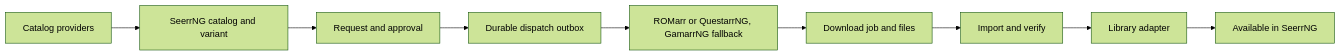
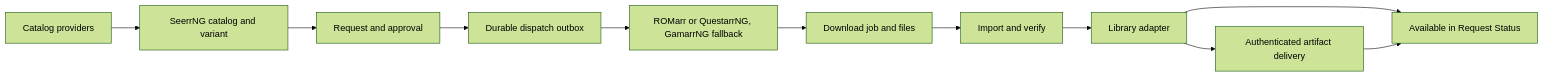
Before and after one commit to snapetech/seerrng: the diagram in docs/maintainers/software-acquisition-plan.md, drawn with Mermaid (forest theme). The commit also changed other lines of this file, not shown here.

First line of the commit message:
docs: plan universal request copy delivery

````diff
--- a/docs/maintainers/software-acquisition-plan.md
+++ b/docs/maintainers/software-acquisition-plan.md
@@ -103,11 +106,13 @@
 ```mermaid
 flowchart LR
     C[Catalog providers] --> S[SeerrNG catalog and variant]
     S --> R[Request and approval]
     R --> O[Durable dispatch outbox]
     O --> A[ROMarr or QuestarrNG, GamarrNG fallback]
     A --> D[Download job and files]
     D --> L[Import and verify]
     L --> I[Library adapter]
-    I --> U[Available in SeerrNG]
+    I --> U[Available in Request Status]
+    I --> X[Authenticated artifact delivery]
+    X --> U
 ```
````
